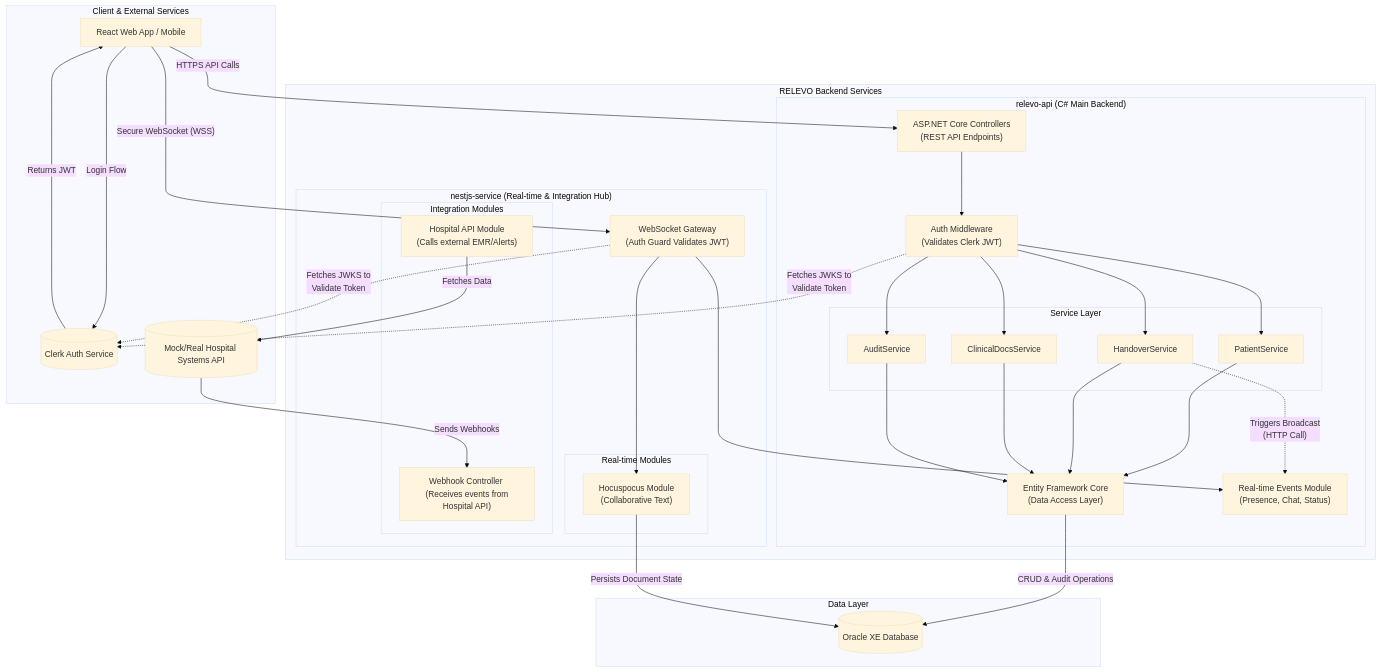
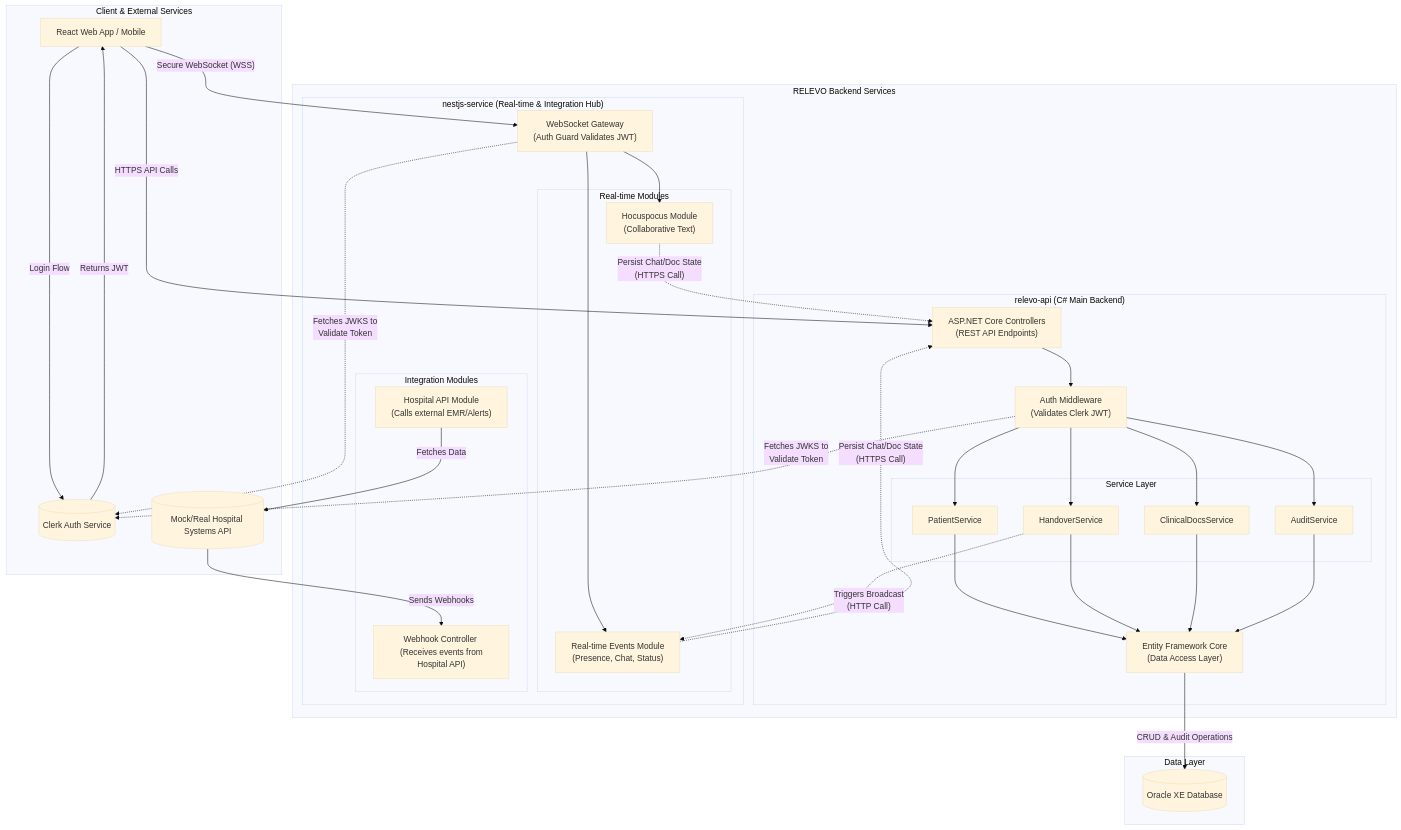
Before and after one commit to LuisCusihuaman/relevo-static-poc: the diagram in docs/BACKEND_APP.md, drawn with Mermaid (base theme). The commit also changed other lines of this file, not shown here.

Commit message:
Update BACKEND_APP.md to clarify real-time event handling and data persistence processes. Reintroduce the CS_HANDOVER_SVC's role in triggering broadcasts and refine descriptions of collaborative features and data management practices for improved documentation clarity.

````diff
--- a/docs/BACKEND_APP.md
+++ b/docs/BACKEND_APP.md
@@ -13,78 +13,82 @@
 ```mermaid
 graph TD
     subgraph "Client & External Services"
         CLIENT["React Web App / Mobile"]
         CLERK[("Clerk Auth Service")]
         HOSPITAL_API[("Mock/Real Hospital Systems API")]
     end
 
     subgraph "RELEVO Backend Services"
         subgraph "relevo-api (C# Main Backend)"
             CS_ENTRY["ASP.NET Core Controllers <br> (REST API Endpoints)"]
             CS_AUTH["Auth Middleware <br> (Validates Clerk JWT)"]
 
             subgraph "Service Layer"
                 CS_PATIENT_SVC["PatientService"]
                 CS_HANDOVER_SVC["HandoverService"]
                 CS_DOCS_SVC["ClinicalDocsService"]
                 CS_AUDIT_SVC["AuditService"]
             end
 
             CS_DAL["Entity Framework Core <br> (Data Access Layer)"]
 
             CS_ENTRY --> CS_AUTH
             CS_AUTH --> CS_PATIENT_SVC
             CS_AUTH --> CS_HANDOVER_SVC
             CS_AUTH --> CS_DOCS_SVC
             CS_AUTH --> CS_AUDIT_SVC
 
             CS_PATIENT_SVC --> CS_DAL
             CS_HANDOVER_SVC --> CS_DAL
             CS_DOCS_SVC --> CS_DAL
             CS_AUDIT_SVC --> CS_DAL
 
-            CS_HANDOVER_SVC -.-> |"Triggers Broadcast <br> (HTTP Call)"| NS_EVENTS
         end
 
         subgraph "nestjs-service (Real-time & Integration Hub)"
             NS_GATEWAY["WebSocket Gateway <br> (Auth Guard Validates JWT)"]
 
             subgraph "Real-time Modules"
                 NS_HOCUS["Hocuspocus Module <br> (Collaborative Text)"]
                 NS_EVENTS["Real-time Events Module <br> (Presence, Chat, Status)"]
             end
 
             subgraph "Integration Modules"
                 NS_WEBHOOKS["Webhook Controller <br> (Receives events from Hospital API)"]
                 NS_HOSPITAL_SDK["Hospital API Module <br> (Calls external EMR/Alerts)"]
             end
 
             NS_GATEWAY --> NS_HOCUS
             NS_GATEWAY --> NS_EVENTS
         end
     end
 
     subgraph "Data Layer"
         DB[("Oracle XE Database")]
     end
 
     %% --- Connections ---
 
     %% Client to Backend
     CLIENT -- "HTTPS API Calls" --> CS_ENTRY
     CLIENT -- "Secure WebSocket (WSS)" --> NS_GATEWAY
 
     %% Auth Flow
     CLIENT -- "Login Flow" --> CLERK
     CLERK -- "Returns JWT" --> CLIENT
     CS_AUTH -.-> |"Fetches JWKS to<br>Validate Token"| CLERK
     NS_GATEWAY -.-> |"Fetches JWKS to<br>Validate Token"| CLERK
 
     %% Data Flow
     CS_DAL -- "CRUD & Audit Operations" --> DB
-    NS_HOCUS -- "Persists Document State" --> DB
+    
+    %% Real-time Flow
+    CS_HANDOVER_SVC -.-> |"Triggers Broadcast <br> (HTTP Call)"| NS_EVENTS
+    NS_HOCUS -.-> |"Persist Chat/Doc State <br> (HTTPS Call)"| CS_ENTRY
+    NS_EVENTS -.-> |"Persist Chat/Doc State <br> (HTTPS Call)"| CS_ENTRY
+
 
     %% Integration Flow
     NS_HOSPITAL_SDK -- "Fetches Data" --> HOSPITAL_API
     HOSPITAL_API -- "Sends Webhooks" --> NS_WEBHOOKS
 ```
````
